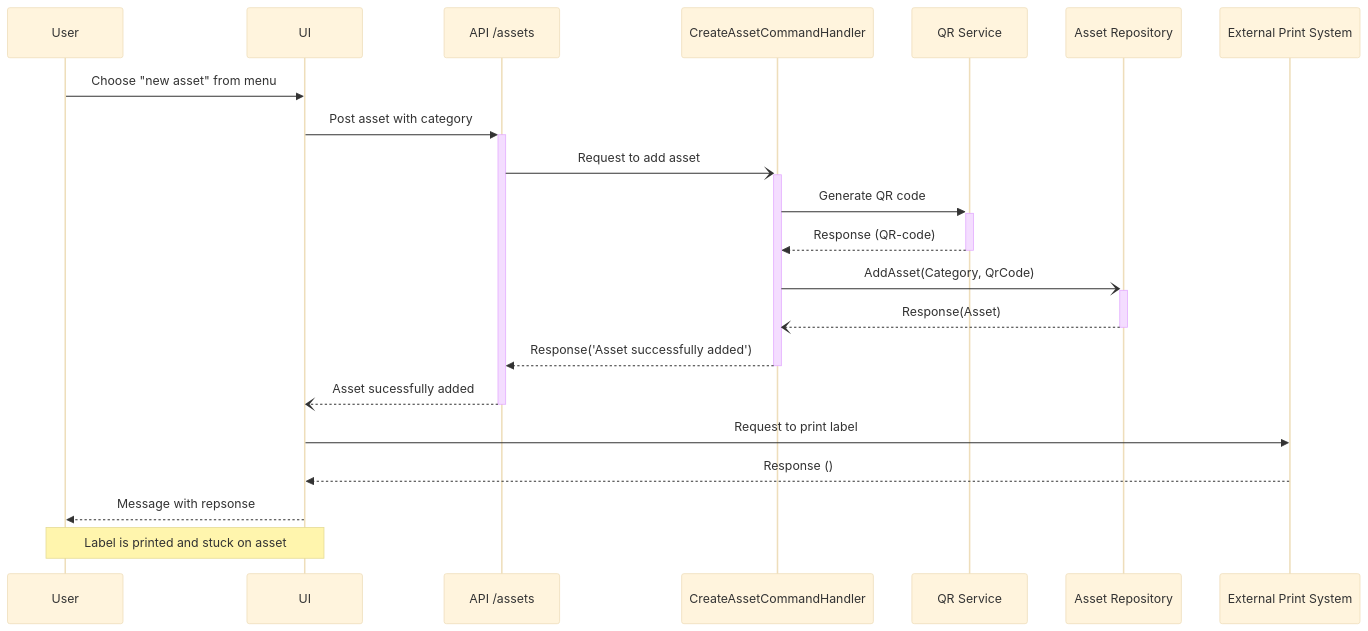
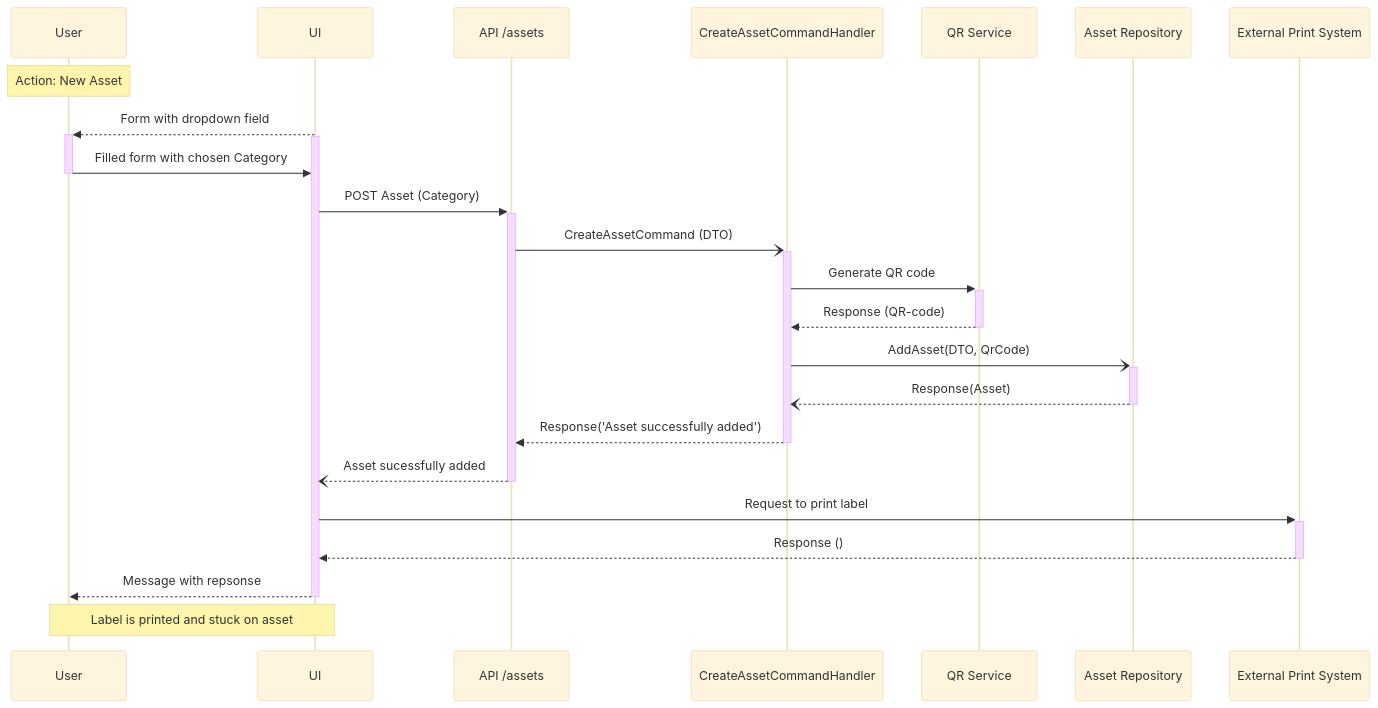
Before and after one commit to livun/bouvet-asset-hub: the second of 2 diagrams in docs/sequence-diagrams/tag-new-asset.md, drawn with Mermaid (base theme). The commit also changed other lines of this file and 9 other files, not shown here.

Commit message:
Finished with sequence diagrams

````diff
--- a/docs/sequence-diagrams/tag-new-asset.md
+++ b/docs/sequence-diagrams/tag-new-asset.md
@@ -46,20 +48,27 @@
 ```mermaid
 sequenceDiagram
-    User ->> UI : Choose "new asset" from menu
-        UI ->>+ API /assets: Post asset with category
-            API /assets -)+ CreateAssetCommandHandler : Request to add asset
-                CreateAssetCommandHandler ->>+ QR Service : Generate QR code
-                QR Service -->>- CreateAssetCommandHandler : Response (QR-code)
-                
-                CreateAssetCommandHandler -)+ Asset Repository : AddAsset(Category, QrCode)
-                Asset Repository  --)- CreateAssetCommandHandler : Response(Asset)
-                
-            CreateAssetCommandHandler -->>- API /assets : Response('Asset successfully added')
-        API /assets --)- UI  : Asset sucessfully added
-        UI ->> External Print System : Request to print label
-        External Print System -->> UI : Response ()
-    UI -->> User : Message with repsonse
+    Note over User: Action: New Asset
+
+  
+    UI -->>+ User :  Form with dropdown field
+    Activate UI
+        User ->>- UI : Filled form with chosen Category
+            UI ->>+ API /assets: POST Asset (Category)
+                API /assets -)+ CreateAssetCommandHandler : CreateAssetCommand (DTO)
+                    
+                    CreateAssetCommandHandler ->>+ QR Service : Generate QR code
+                    QR Service -->>- CreateAssetCommandHandler : Response (QR-code)
+                    
+                    CreateAssetCommandHandler -)+ Asset Repository : AddAsset(DTO, QrCode)
+                    Asset Repository  --)- CreateAssetCommandHandler : Response(Asset)
+                    
+                CreateAssetCommandHandler -->>- API /assets : Response('Asset successfully added')
+            API /assets --)- UI  : Asset sucessfully added
+            UI ->>+ External Print System : Request to print label
+            External Print System -->>- UI : Response ()
+        UI -->> User : Message with repsonse
+    Deactivate UI
     Note over User, UI: Label is printed and stuck on asset
         
 
 ```
````
